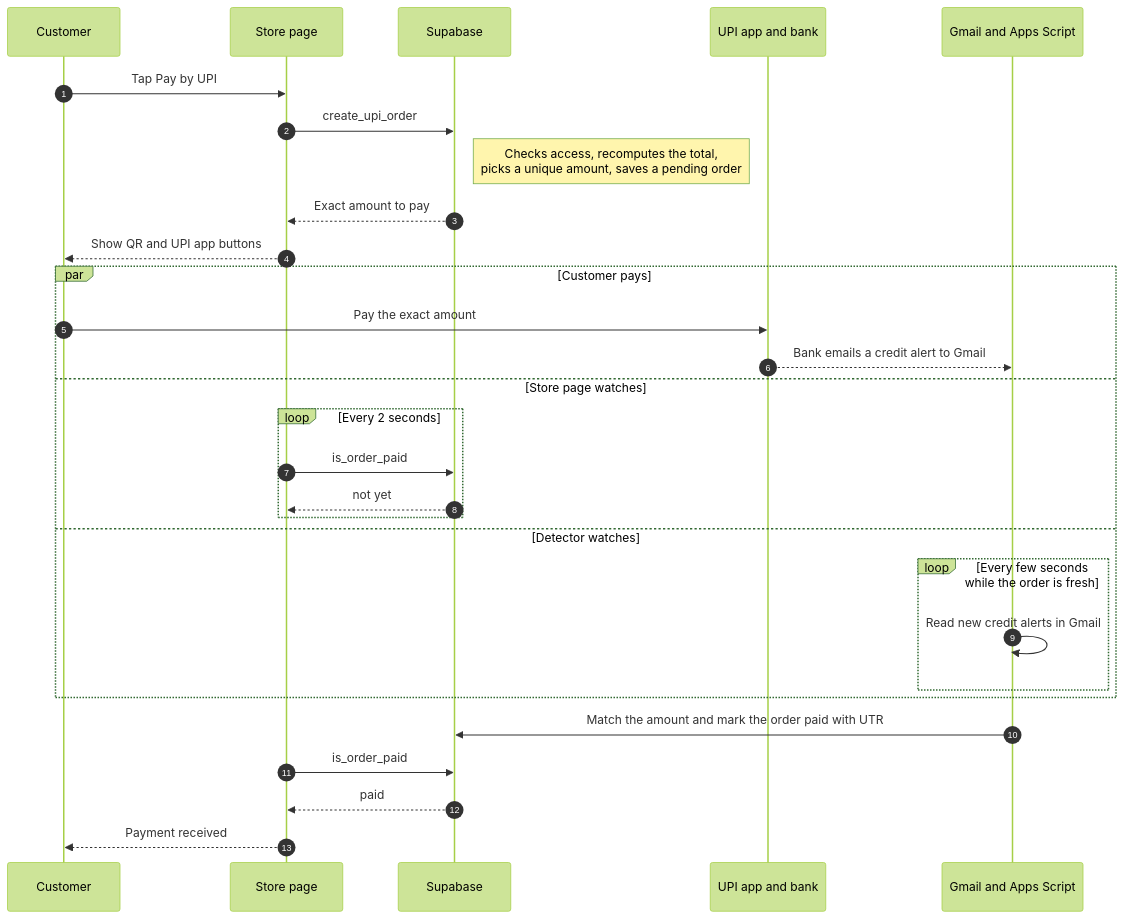
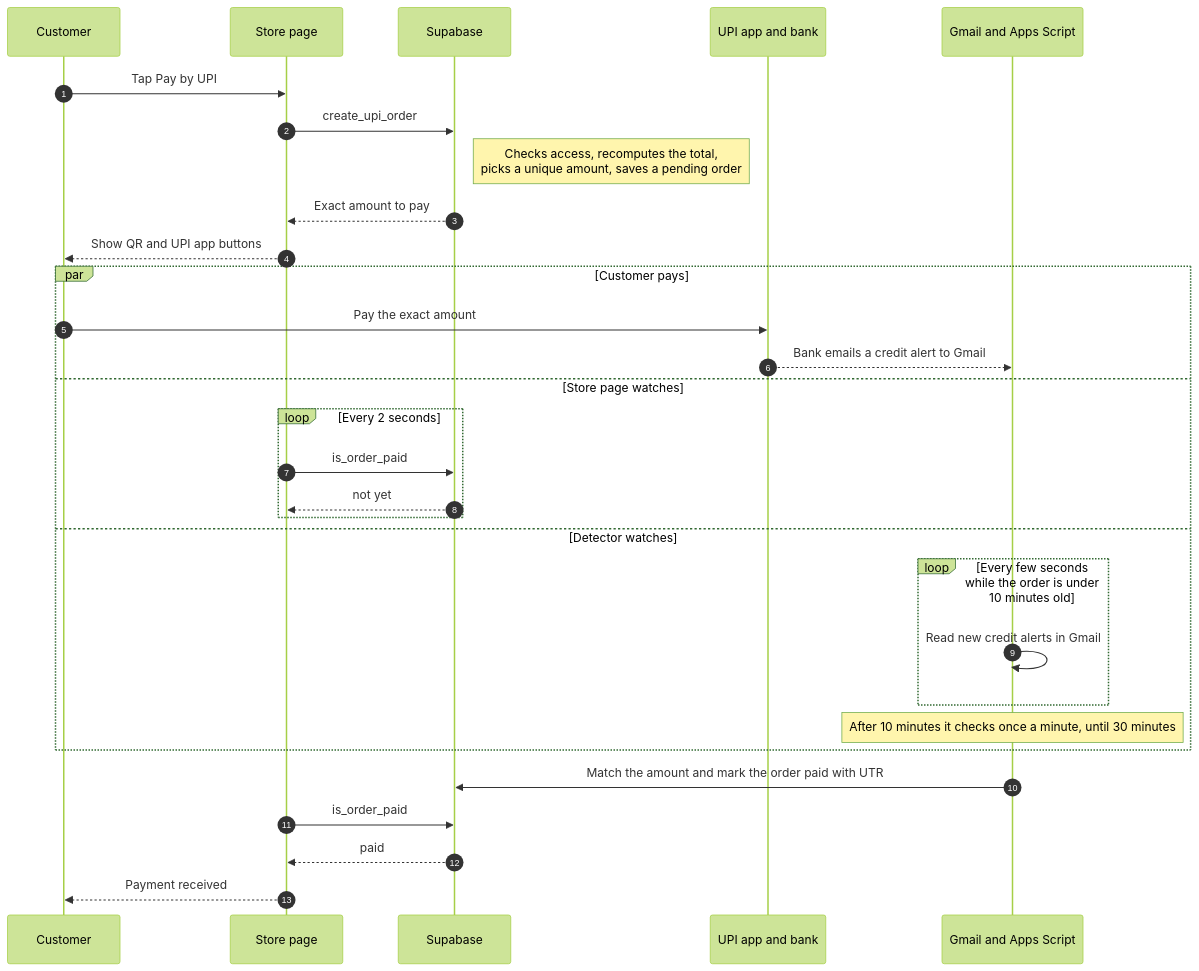
Before and after one commit to satyam-64136/My-store: the second of 6 diagrams in README.md, drawn with Mermaid (forest theme). The commit also changed other lines of this file, not shown here.

````diff
--- a/README.md
+++ b/README.md
@@ -79,31 +79,32 @@
 ```mermaid
 sequenceDiagram
   autonumber
   participant C as Customer
   participant S as Store page
   participant DB as Supabase
   participant U as UPI app and bank
   participant G as Gmail and Apps Script
   C->>S: Tap Pay by UPI
   S->>DB: create_upi_order
   Note right of DB: Checks access, recomputes the total,<br/>picks a unique amount, saves a pending order
   DB-->>S: Exact amount to pay
   S-->>C: Show QR and UPI app buttons
   par Customer pays
     C->>U: Pay the exact amount
     U-->>G: Bank emails a credit alert to Gmail
   and Store page watches
     loop Every 2 seconds
       S->>DB: is_order_paid
       DB-->>S: not yet
     end
   and Detector watches
-    loop Every few seconds while the order is fresh
+    loop Every few seconds while the order is under 10 minutes old
       G->>G: Read new credit alerts in Gmail
     end
+    Note over G: After 10 minutes it checks once a minute, until 30 minutes
   end
   G->>DB: Match the amount and mark the order paid with UTR
   S->>DB: is_order_paid
   DB-->>S: paid
   S-->>C: Payment received
 ```
````
